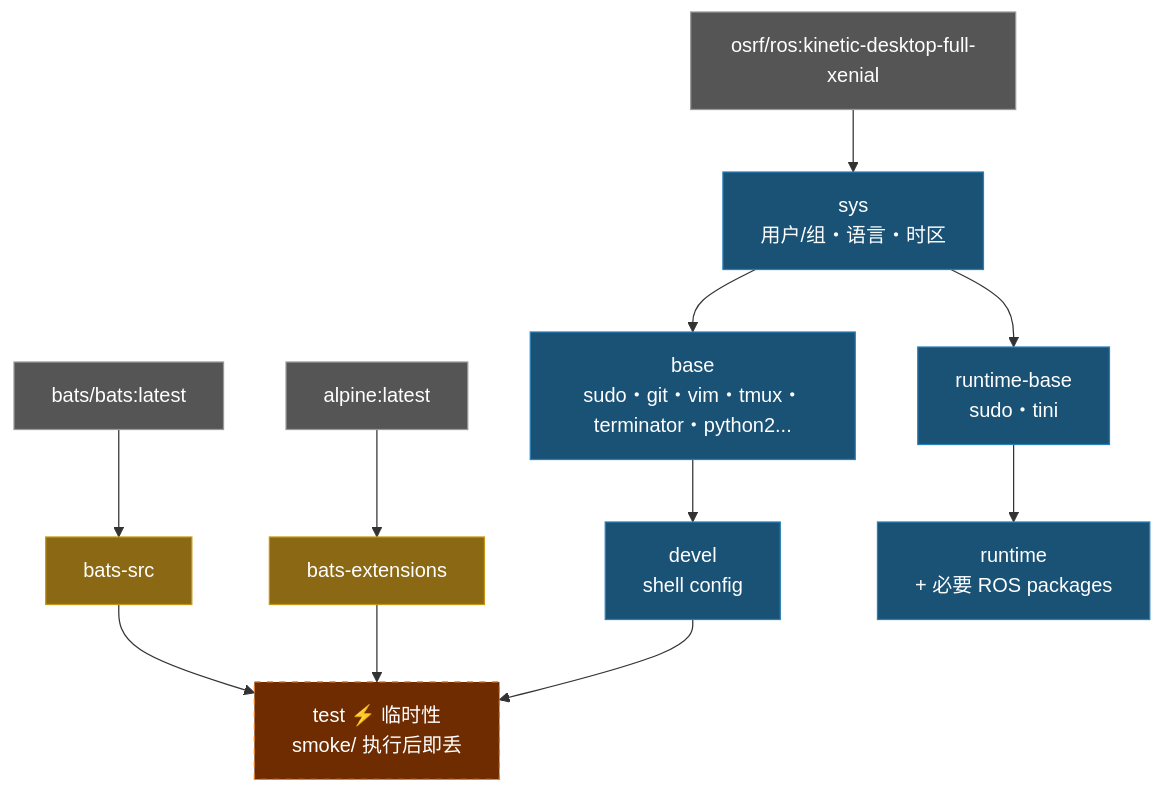
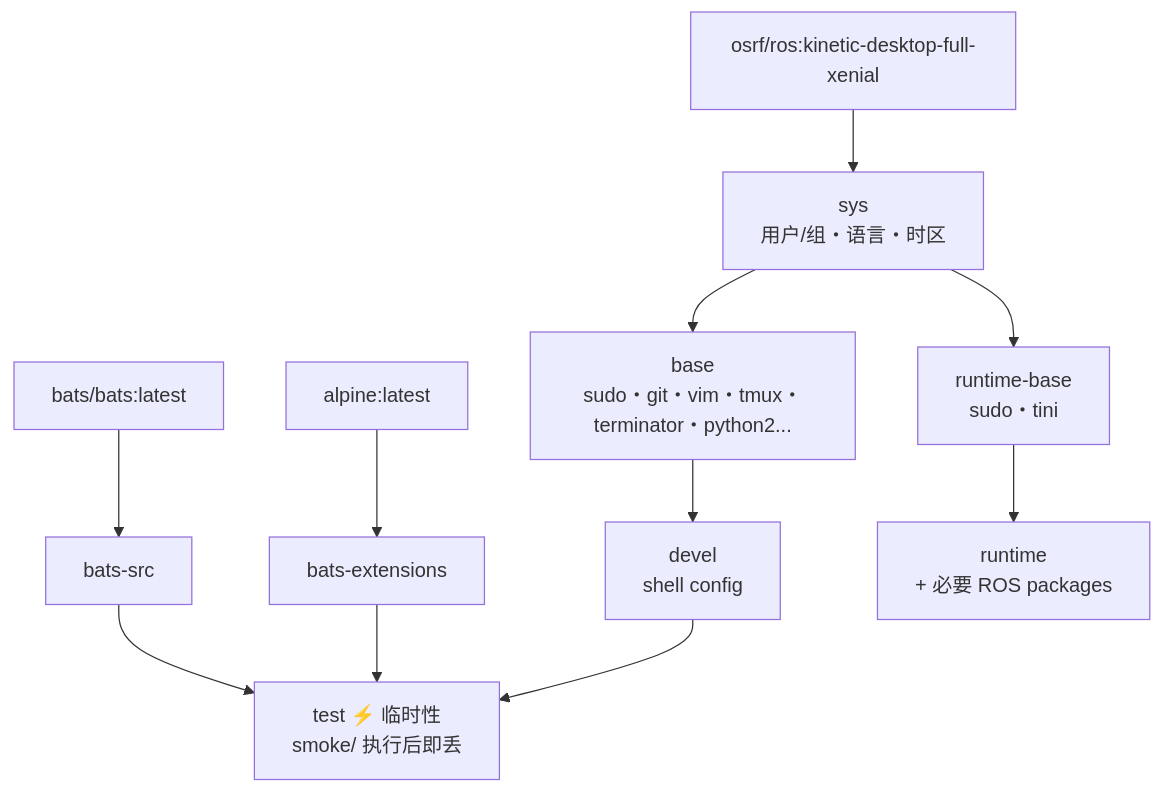
The diagram in doc/README.zh-CN.md (ycpss91255-docker/osrf_ros_kinetic), drawn with Mermaid before and after one commit. The commit also changed 3 other files, not shown here.

Commit message:
docs: remove mermaid background colors from architecture diagrams (#25)

````diff
--- a/doc/README.zh-CN.md
+++ b/doc/README.zh-CN.md
@@ -235,26 +235,22 @@
 ```mermaid
 graph TD
-    EXT1["bats/bats:latest"]:::external
-    EXT2["alpine:latest"]:::external
-    EXT3["osrf/ros:kinetic-desktop-full-xenial"]:::external
+    EXT1["bats/bats:latest"]
+    EXT2["alpine:latest"]
+    EXT3["osrf/ros:kinetic-desktop-full-xenial"]
 
-    EXT1 --> bats-src["bats-src"]:::tool
-    EXT2 --> bats-ext["bats-extensions"]:::tool
+    EXT1 --> bats-src["bats-src"]
+    EXT2 --> bats-ext["bats-extensions"]
 
-    EXT3 --> sys["sys\n用户/组・语言・时区"]:::stage
+    EXT3 --> sys["sys\n用户/组・语言・时区"]
 
-    sys --> base["base\nsudo・git・vim・tmux・terminator・python2..."]:::stage
-    base --> devel["devel\nshell config"]:::stage
+    sys --> base["base\nsudo・git・vim・tmux・terminator・python2..."]
+    base --> devel["devel\nshell config"]
 
-    bats-src --> test["test  ⚡ 临时性\nsmoke/ 执行后即丢"]:::ephemeral
+    bats-src --> test["test  ⚡ 临时性\nsmoke/ 执行后即丢"]
     bats-ext --> test
     devel --> test
 
-    sys --> runtime-base["runtime-base\nsudo・tini"]:::stage
-    runtime-base --> runtime["runtime\n+ 必要 ROS packages"]:::stage
+    sys --> runtime-base["runtime-base\nsudo・tini"]
+    runtime-base --> runtime["runtime\n+ 必要 ROS packages"]
 
-    classDef external fill:#555,color:#fff,stroke:#999
-    classDef tool fill:#8B6914,color:#fff,stroke:#c8960c
-    classDef stage fill:#1a5276,color:#fff,stroke:#2980b9
-    classDef ephemeral fill:#6e2c00,color:#fff,stroke:#e67e22,stroke-dasharray:5 5
 ```
````
